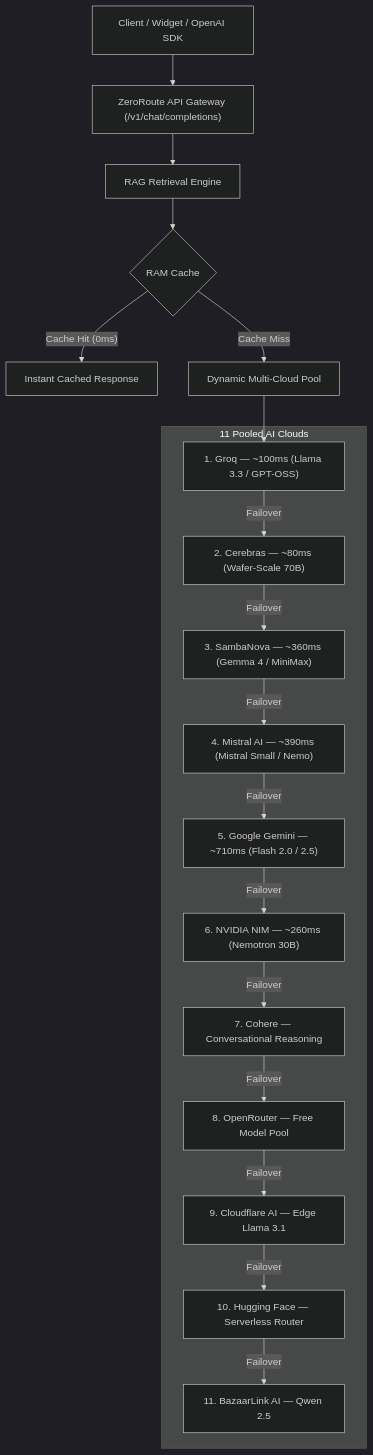
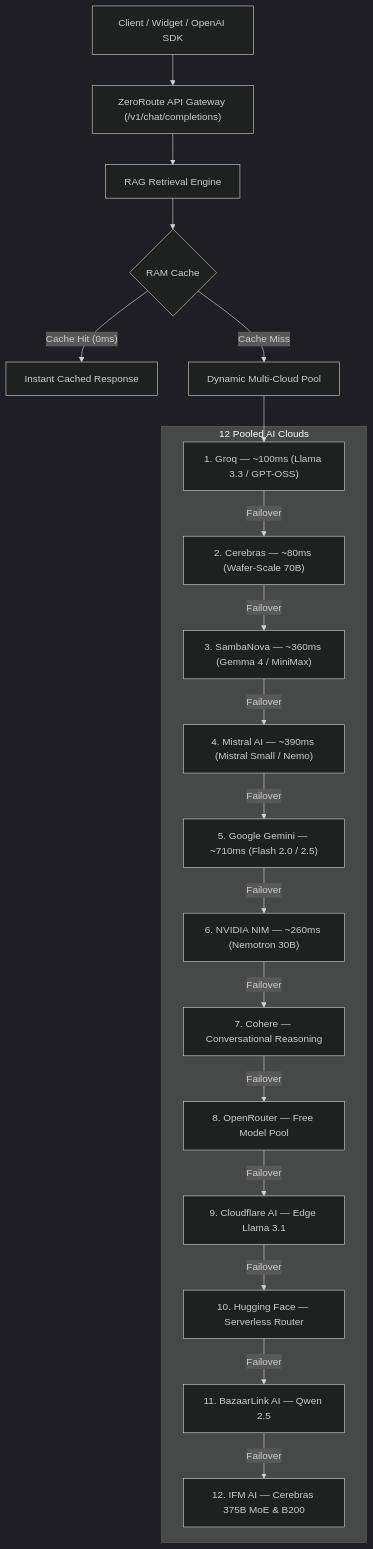
One commit to amjadlle/zeroroute changed the diagram in README.md. Above: the diagram before and after it, drawn with Mermaid (dark theme). The commit also changed other lines of this file and 17 other files, not shown here.

Commit message:
feat(providers): add IFM AI provider with Cerebras K2-Horizon 375B MoE and Jais 36B

````diff
--- a/README.md
+++ b/README.md
@@ -73,36 +73,38 @@
 ```mermaid
 flowchart TD
     Client["Client / Widget / OpenAI SDK"] --> Gateway["ZeroRoute API Gateway (/v1/chat/completions)"]
     
     Gateway --> RAG["RAG Retrieval Engine"]
     RAG --> Cache{"RAM Cache"}
     
     Cache -->|"Cache Hit (0ms)"| Immediate["Instant Cached Response"]
     Cache -->|"Cache Miss"| ProviderPool["Dynamic Multi-Cloud Pool"]
 
-    subgraph Matrix["11 Pooled AI Clouds"]
+    subgraph Matrix["12 Pooled AI Clouds"]
         P1["1. Groq — ~100ms (Llama 3.3 / GPT-OSS)"]
         P2["2. Cerebras — ~80ms (Wafer-Scale 70B)"]
         P3["3. SambaNova — ~360ms (Gemma 4 / MiniMax)"]
         P4["4. Mistral AI — ~390ms (Mistral Small / Nemo)"]
         P5["5. Google Gemini — ~710ms (Flash 2.0 / 2.5)"]
         P6["6. NVIDIA NIM — ~260ms (Nemotron 30B)"]
         P7["7. Cohere — Conversational Reasoning"]
         P8["8. OpenRouter — Free Model Pool"]
         P9["9. Cloudflare AI — Edge Llama 3.1"]
         P10["10. Hugging Face — Serverless Router"]
         P11["11. BazaarLink AI — Qwen 2.5"]
+        P12["12. IFM AI — Cerebras 375B MoE & B200"]
     end
 
     ProviderPool --> P1
     P1 -->|"Failover"| P2
     P2 -->|"Failover"| P3
     P3 -->|"Failover"| P4
     P4 -->|"Failover"| P5
     P5 -->|"Failover"| P6
     P6 -->|"Failover"| P7
     P7 -->|"Failover"| P8
     P8 -->|"Failover"| P9
     P9 -->|"Failover"| P10
     P10 -->|"Failover"| P11
+    P11 -->|"Failover"| P12
 ```
````
